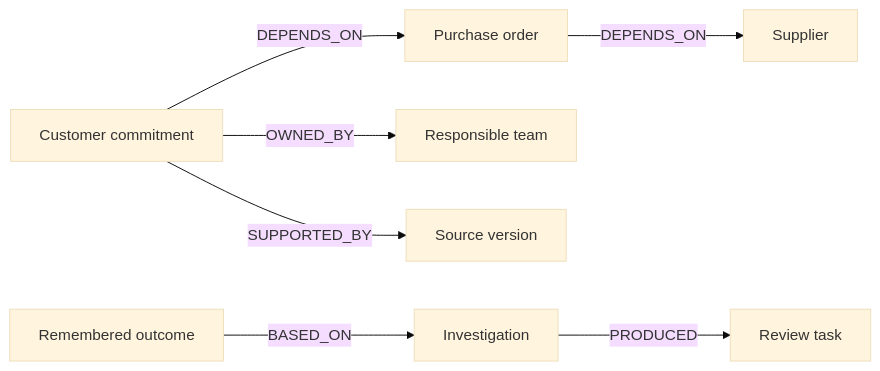
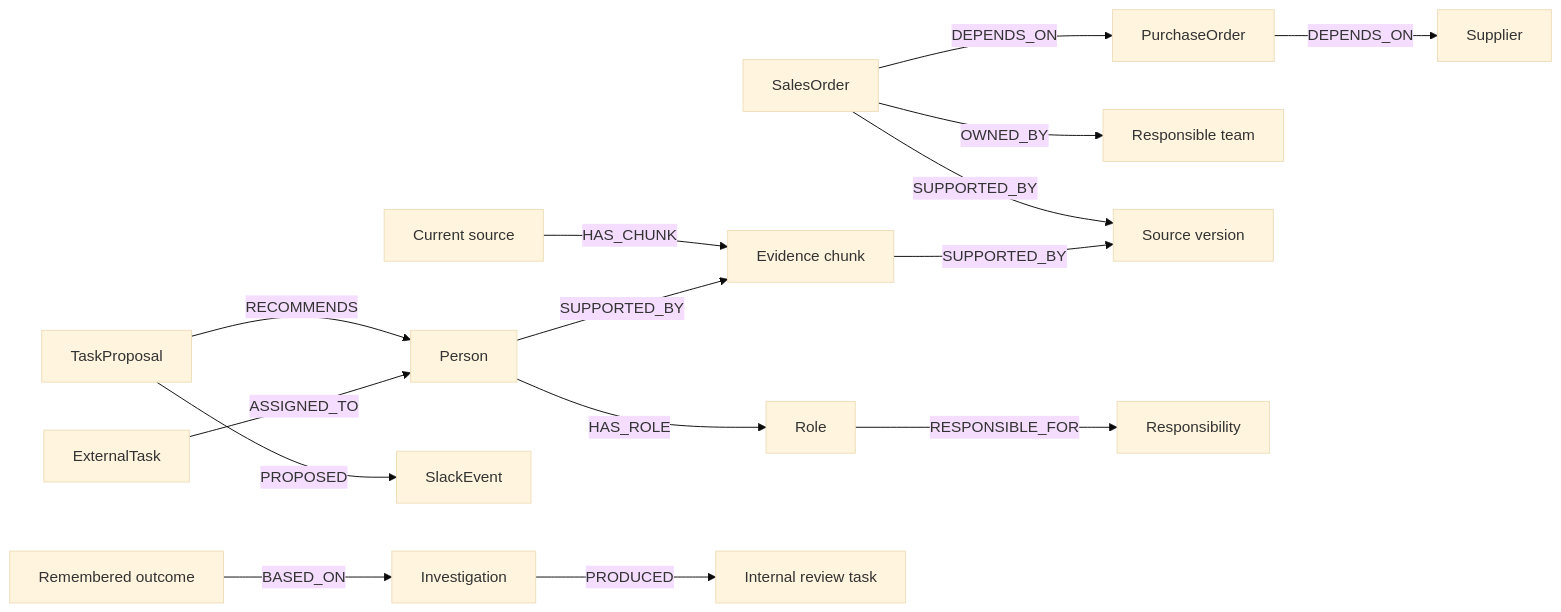
Before and after one commit to Haleem-code/Workweave: the second of 3 diagrams in README.md, drawn with Mermaid (base theme). The commit also changed other lines of this file and 14 other files, not shown here.

````diff
--- a/README.md
+++ b/README.md
@@ -120,9 +108,17 @@
 ```mermaid
 flowchart LR
-    Order[Customer commitment] -->|DEPENDS_ON| PO[Purchase order]
-    PO -->|DEPENDS_ON| Supplier[Supplier]
-    Order -->|OWNED_BY| Team[Responsible team]
-    Order -->|SUPPORTED_BY| Evidence[Source version]
-    Run[Investigation] -->|PRODUCED| Task[Review task]
-    Episode[Remembered outcome] -->|BASED_ON| Run
+  Order[SalesOrder] -->|DEPENDS_ON| PO[PurchaseOrder]
+  PO -->|DEPENDS_ON| Supplier[Supplier]
+  Order -->|OWNED_BY| Team[Responsible team]
+  Order -->|SUPPORTED_BY| Version[Source version]
+  Source[Current source] -->|HAS_CHUNK| Chunk[Evidence chunk]
+  Chunk -->|SUPPORTED_BY| Version
+  Person -->|HAS_ROLE| Role
+  Role -->|RESPONSIBLE_FOR| Responsibility
+  Person -->|SUPPORTED_BY| Chunk
+  Proposal[TaskProposal] -->|RECOMMENDS| Person
+  Proposal -->|PROPOSED| Event[SlackEvent]
+  External[ExternalTask] -->|ASSIGNED_TO| Person
+  Run[Investigation] -->|PRODUCED| Task[Internal review task]
+  Episode[Remembered outcome] -->|BASED_ON| Run
 ```
````
